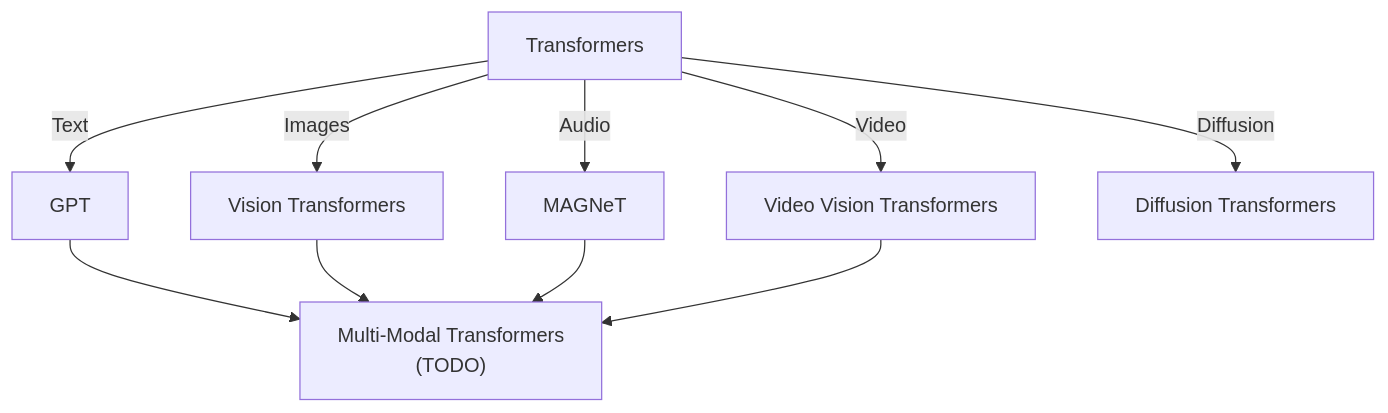
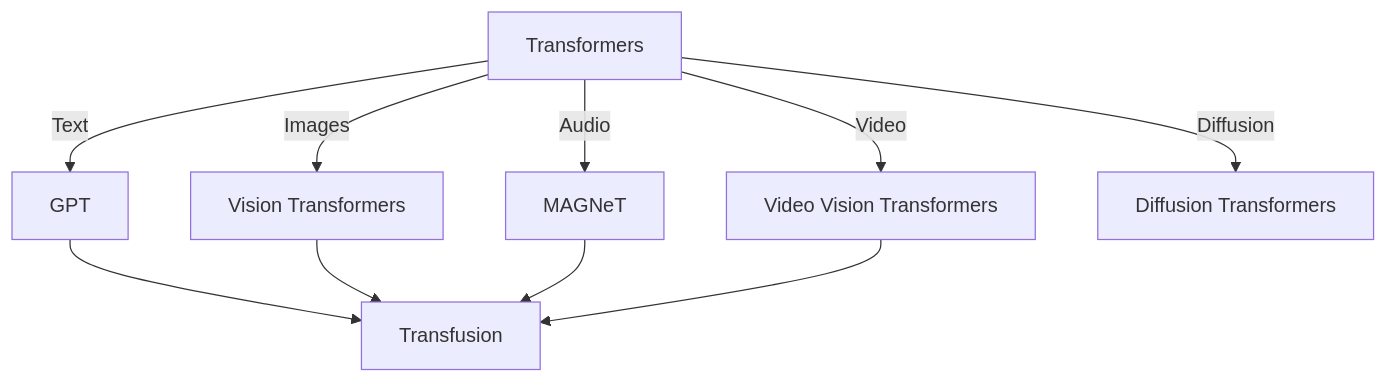
One commit to VachanVY/VachanVY changed the diagram in README.md. Above: the diagram before and after it, drawn with Mermaid. The commit also changed other lines of this file, not shown here.

````diff
--- a/README.md
+++ b/README.md
@@ -25,14 +25,14 @@
 ```mermaid
 graph TD;
     Transformers -->|Text| GPT;
     Transformers -->|Images| Vision_Transformers["Vision Transformers"];
     Transformers -->|Audio| MAGNeT["MAGNeT"];
     Transformers --> |Video| Video_Vision_Transformers["Video Vision Transformers"];
     Transformers -->|Diffusion| Diffusion_Transformers["Diffusion Transformers"];
 
-    GPT --> Multi_Modal_Transformers["Multi-Modal Transformers\n(TODO)"];
+    GPT --> Multi_Modal_Transformers["Transfusion"];
     Vision_Transformers --> Multi_Modal_Transformers;
     MAGNeT --> Multi_Modal_Transformers;
     Video_Vision_Transformers --> Multi_Modal_Transformers
 
 ```
````
